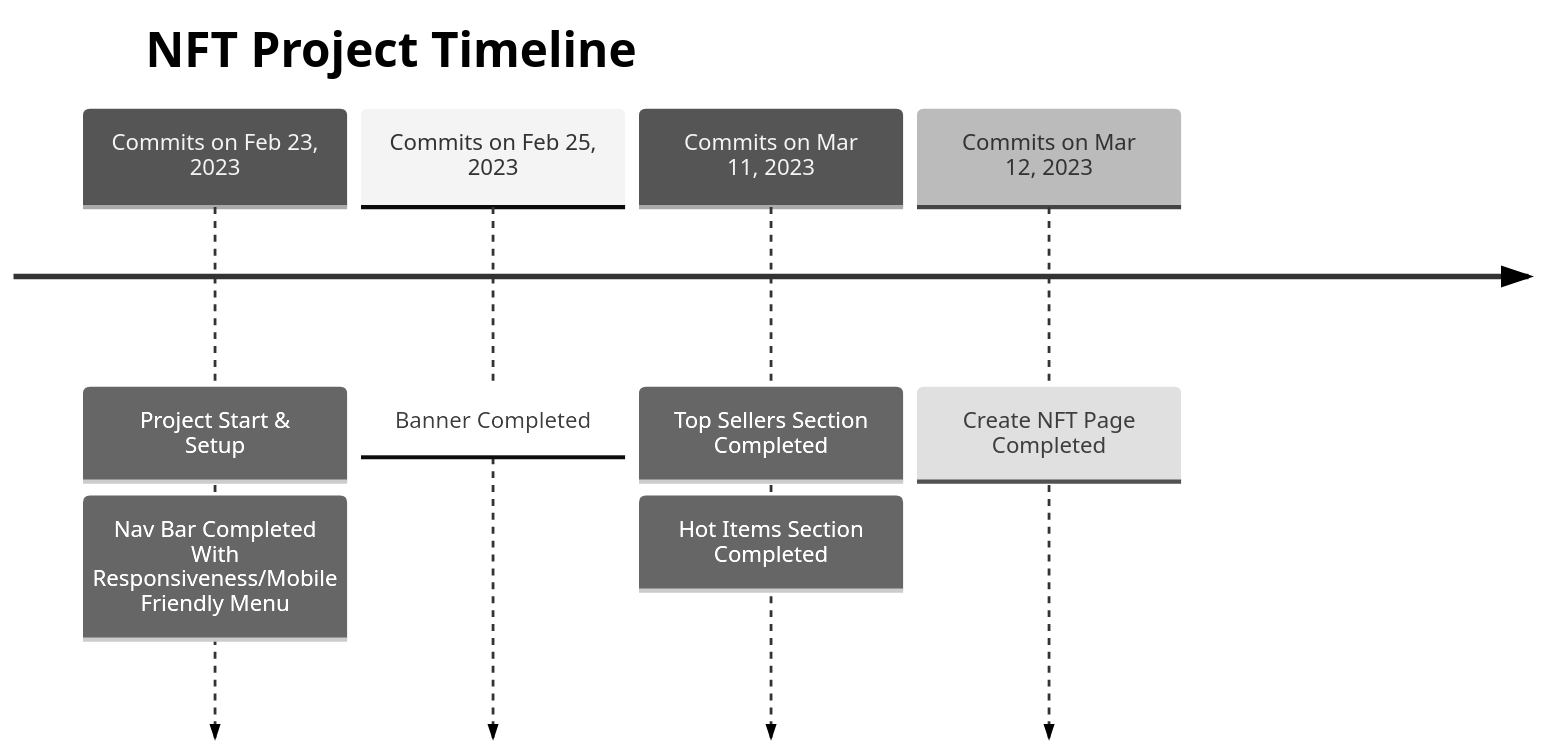
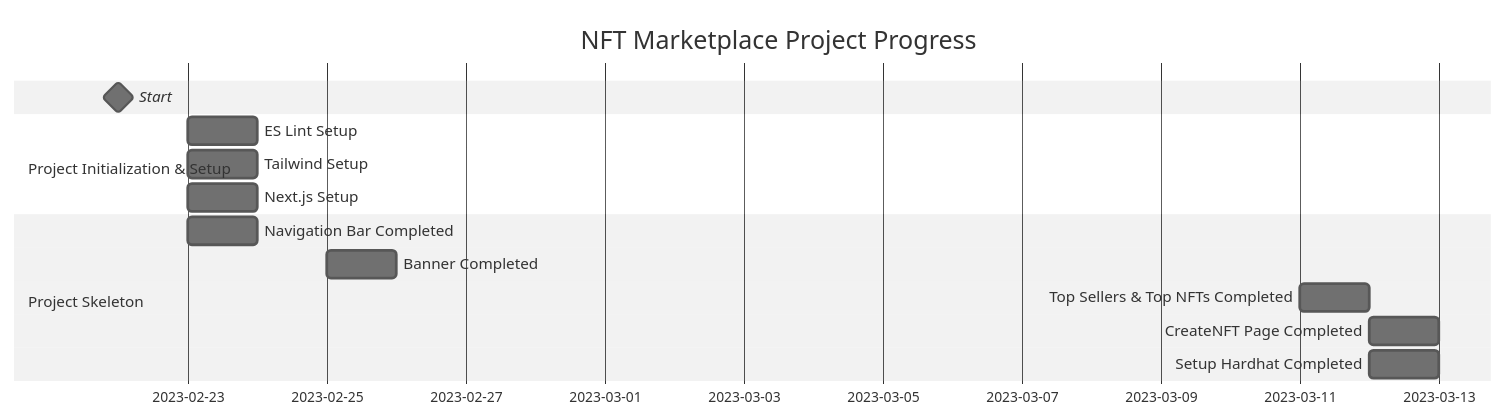
One commit to chazwilder/nft-marketplace changed the diagram in README.md. Above: the diagram before and after it, drawn with Mermaid (neutral theme). The commit also changed other lines of this file and 8 other files, not shown here.

````diff
--- a/README.md
+++ b/README.md
@@ -5,8 +4,16 @@
 ```mermaid
-timeline
-    title NFT Project Timeline
-    Commits on Feb 23, 2023 : Project Start & Setup: Nav Bar Completed With Responsiveness/Mobile Friendly Menu
-    Commits on Feb 25, 2023 : Banner Completed
-    Commits on Mar 11, 2023 : Top Sellers Section Completed : Hot Items Section Completed
-    Commits on Mar 12, 2023 : Create NFT Page Completed
+gantt
+    title NFT Marketplace Project Progress
+    dateFormat  YYYY-MM-DD
+    Start : milestone, m1, 2023-02-22,2023-02-22
+    section Project Initialization & Setup
+    ES Lint Setup   :2023-02-23, 1d
+    Tailwind Setup  :2023-02-23 , 1d
+    Next.js Setup  :2023-02-23 , 1d
+    section Project Skeleton
+    Navigation Bar Completed  :2023-02-23 , 1d
+    Banner Completed  :2023-02-25 , 1d
+    Top Sellers & Top NFTs Completed  :2023-03-11 , 1d
+    CreateNFT Page Completed  :2023-03-12 , 1d
+    Setup Hardhat Completed  :2023-03-12 , 1d
 ```
````
